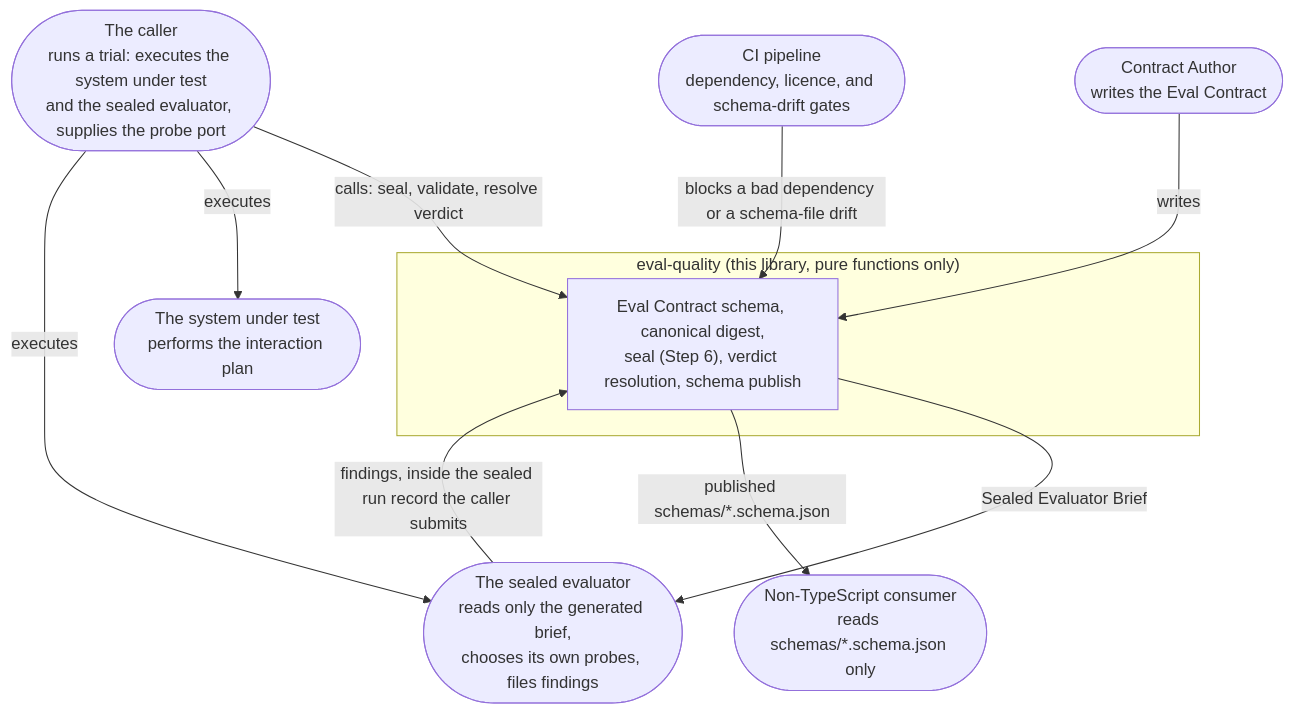
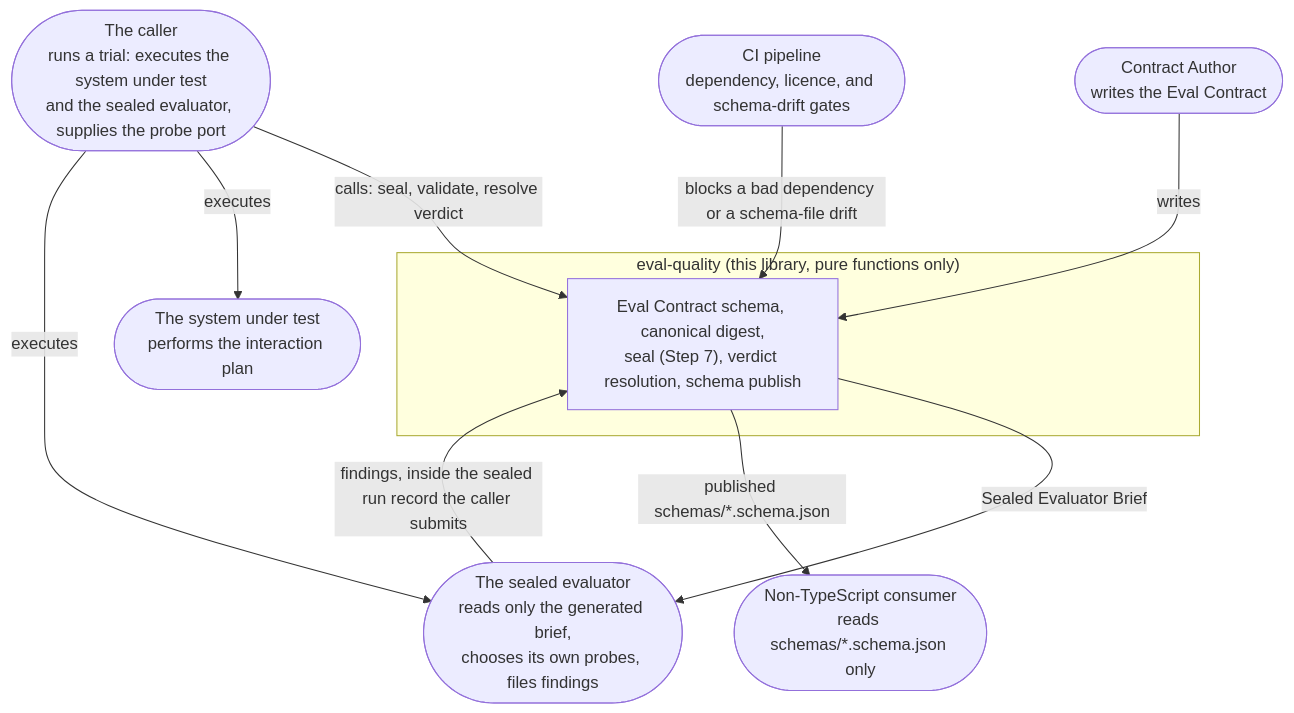
Before and after one commit to bmad-code-org/bmad-eval-quality: the first of 8 diagrams in _bmad-output/project-knowledge/learning-path-step-by-step.md, drawn with Mermaid. The commit also changed other lines of this file and 9 other files, not shown here.

````diff
--- a/_bmad-output/project-knowledge/learning-path-step-by-step.md
+++ b/_bmad-output/project-knowledge/learning-path-step-by-step.md
@@ -16,22 +18,22 @@
 ```mermaid
 flowchart TD
   AUTHOR(["Contract Author<br/>writes the Eval Contract"])
   CALLER(["The caller<br/>runs a trial: executes the system under test<br/>and the sealed evaluator, supplies the probe port"])
   SUT(["The system under test<br/>performs the interaction plan"])
   JUDGE(["The sealed evaluator<br/>reads only the generated brief,<br/>chooses its own probes, files findings"])
   CI(["CI pipeline<br/>dependency, licence, and schema-drift gates"])
   CONSUMER(["Non-TypeScript consumer<br/>reads schemas/*.schema.json only"])
 
   subgraph EQ["eval-quality (this library, pure functions only)"]
-    LIB["Eval Contract schema, canonical digest,<br/>seal (Step 6), verdict resolution, schema publish"]
+    LIB["Eval Contract schema, canonical digest,<br/>seal (Step 7), verdict resolution, schema publish"]
   end
 
   AUTHOR -- writes --> LIB
   CALLER -- "calls: seal, validate, resolve verdict" --> LIB
   LIB -- "Sealed Evaluator Brief" --> JUDGE
   CALLER -- executes --> SUT
   CALLER -- executes --> JUDGE
   JUDGE -- "findings, inside the sealed run record the caller submits" --> LIB
   LIB -- "published schemas/*.schema.json" --> CONSUMER
   CI -- "blocks a bad dependency or a schema-file drift" --> LIB
 ```
````
